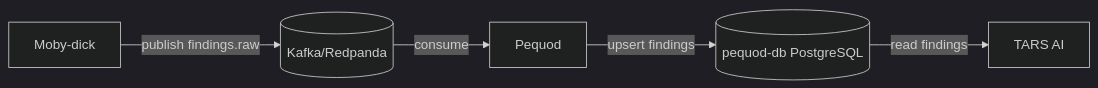
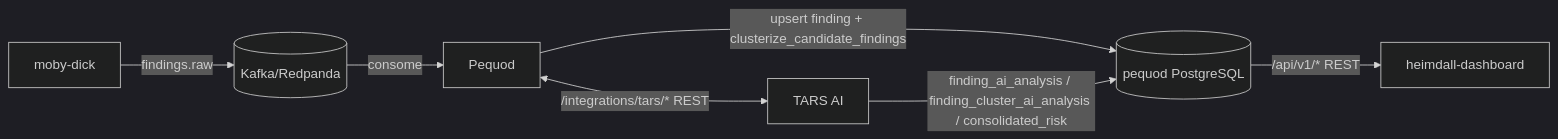
One commit to OdinEye-FIAP/aspm-docs changed the diagram in docs/pequod.md. Above: the diagram before and after it, drawn with Mermaid (dark theme). The commit also changed other lines of this file and 2 other files, not shown here.

Commit message:
docs: atualizar pequod, tars-ai, heimdall-dashboard e referencias (schema, finding-v1, http-endpoints)

````diff
--- a/docs/pequod.md
+++ b/docs/pequod.md
@@ -35,13 +143,16 @@
 ```mermaid
 flowchart LR
-  MD[Moby-dick]
+  MD[moby-dick]
   K[(Kafka/Redpanda)]
   PQ[Pequod]
-  PDB[(pequod-db PostgreSQL)]
+  PDB[(pequod PostgreSQL)]
   T[TARS AI]
+  H[heimdall-dashboard]
 
-  MD -->|publish findings.raw| K
-  K -->|consume| PQ
-  PQ -->|upsert findings| PDB
-  PDB -->|read findings| T
+  MD -->|findings.raw| K
+  K -->|consome| PQ
+  PQ -->|upsert finding + clusterize_candidate_findings| PDB
+  PQ <-->|"/integrations/tars/* REST"| T
+  T -->|finding_ai_analysis / finding_cluster_ai_analysis / consolidated_risk| PDB
+  PDB -->|"/api/v1/* REST"| H
 ```
````
